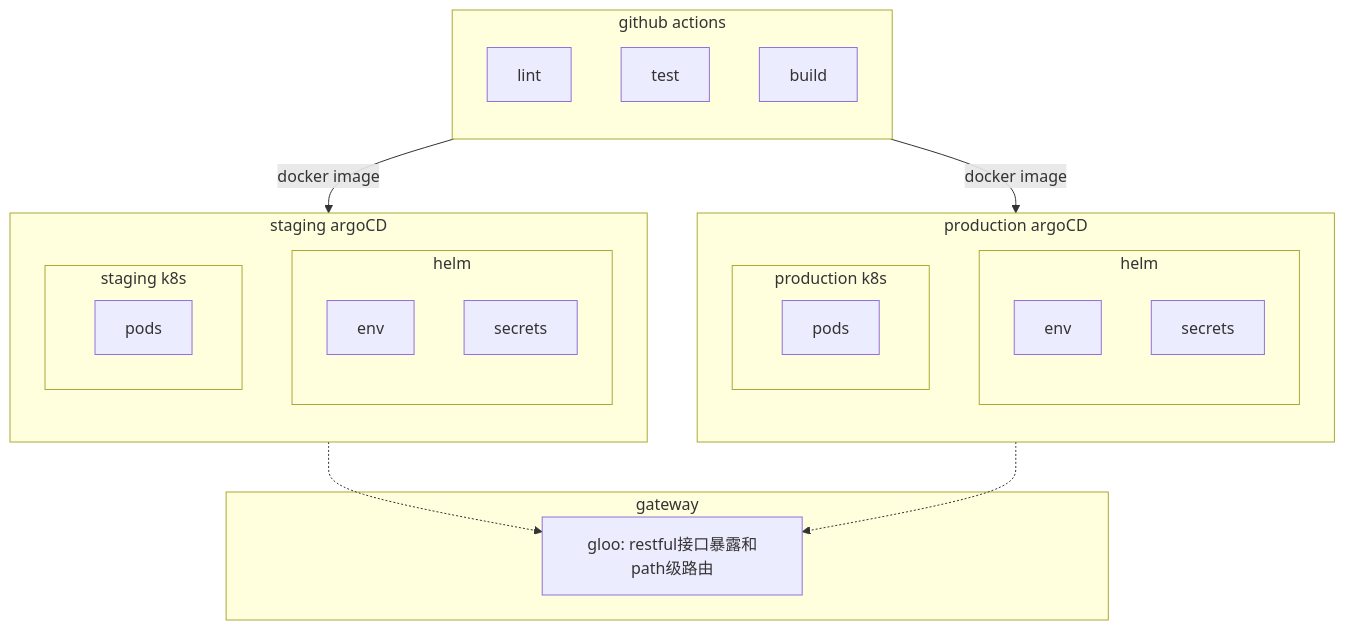
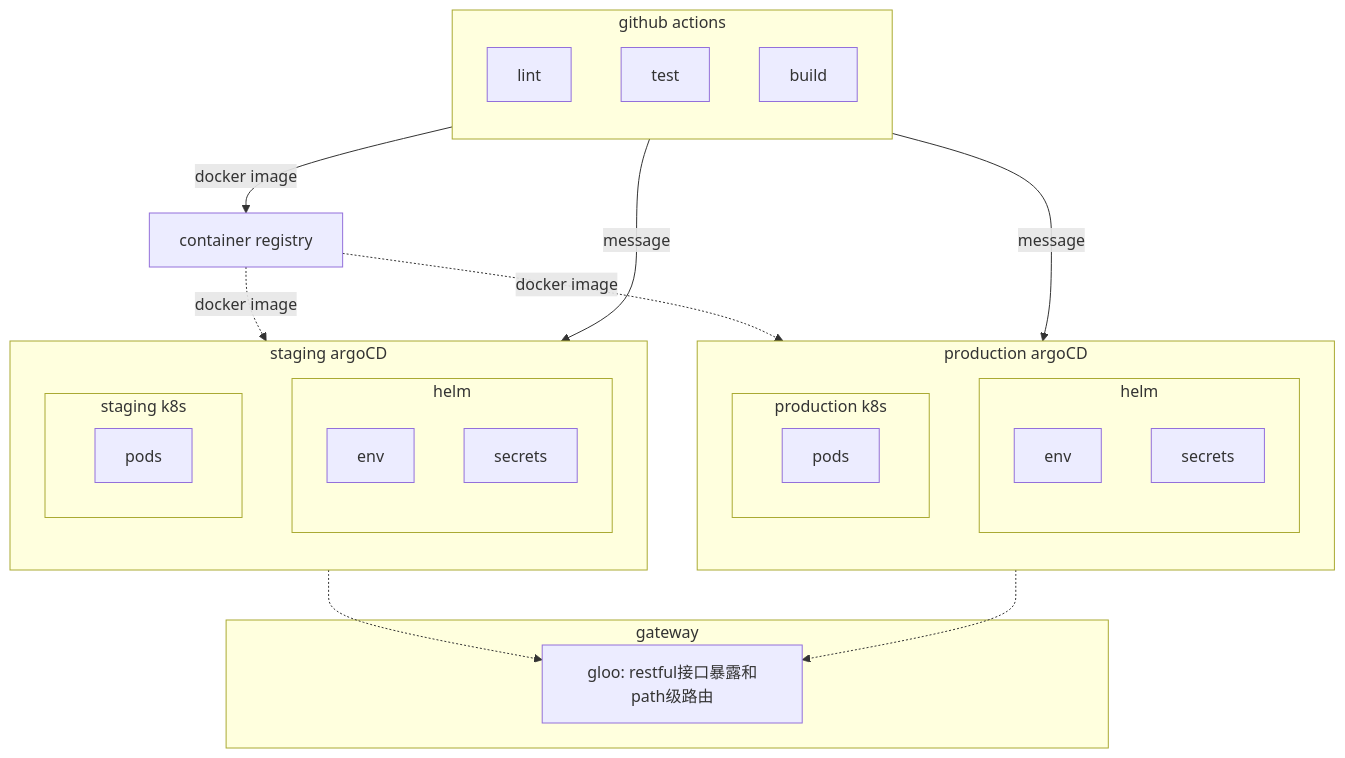
Before and after one commit to DevecorSoft/blog: the first of 2 diagrams in cn/devecor/blog/devecorsoft-infrastructure.md, drawn with Mermaid. The commit also changed other lines of this file, not shown here.

````diff
--- a/cn/devecor/blog/devecorsoft-infrastructure.md
+++ b/cn/devecor/blog/devecorsoft-infrastructure.md
@@ -6,40 +6,44 @@
 ```mermaid
 flowchart TB
   subgraph gateway
     _gloo[gloo: restful接口暴露和path级路由]
   end
 
   subgraph staging[staging argoCD]
     direction BT
     subgraph staging_helm[helm]
       staging_env[env]
       staging_secrets[secrets]
     end
     subgraph staging k8s
       direction LR
       staging_pods[pods]
     end
   end
 
   subgraph prod[production argoCD]
     direction BT
     subgraph prod_helm[helm]
       prod_env[env]
       prod_secrets[secrets]
     end
     subgraph production k8s
         direction LR
         prod_pods[pods]
     end
   end
 
   subgraph ci[github actions]
     direction TB
     lint
     test
     build
   end
 
-  ci --docker image--> staging -.-> _gloo
-  ci --docker image--> prod -.-> _gloo
+  _cr[container registry]
+  ci --docker image--> _cr
+  _cr  -.docker image.-> staging
+  _cr -.docker image.-> prod
+  ci --message--> staging -.-> _gloo
+  ci --message--> prod -.-> _gloo
 ```
````
